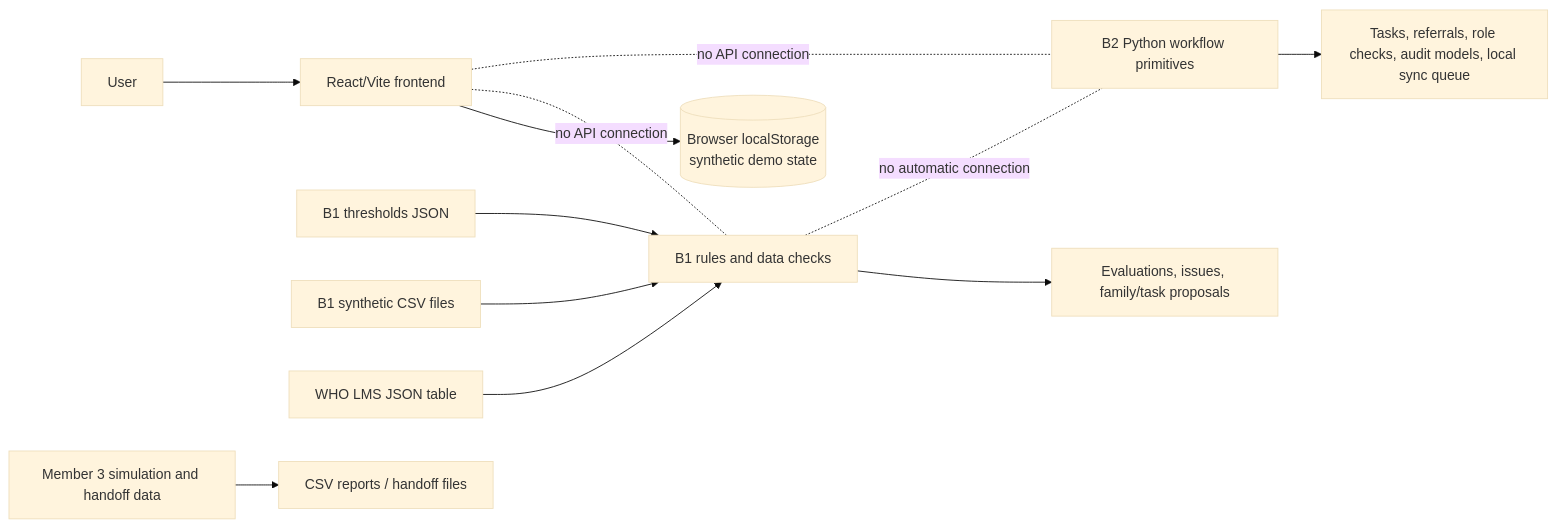
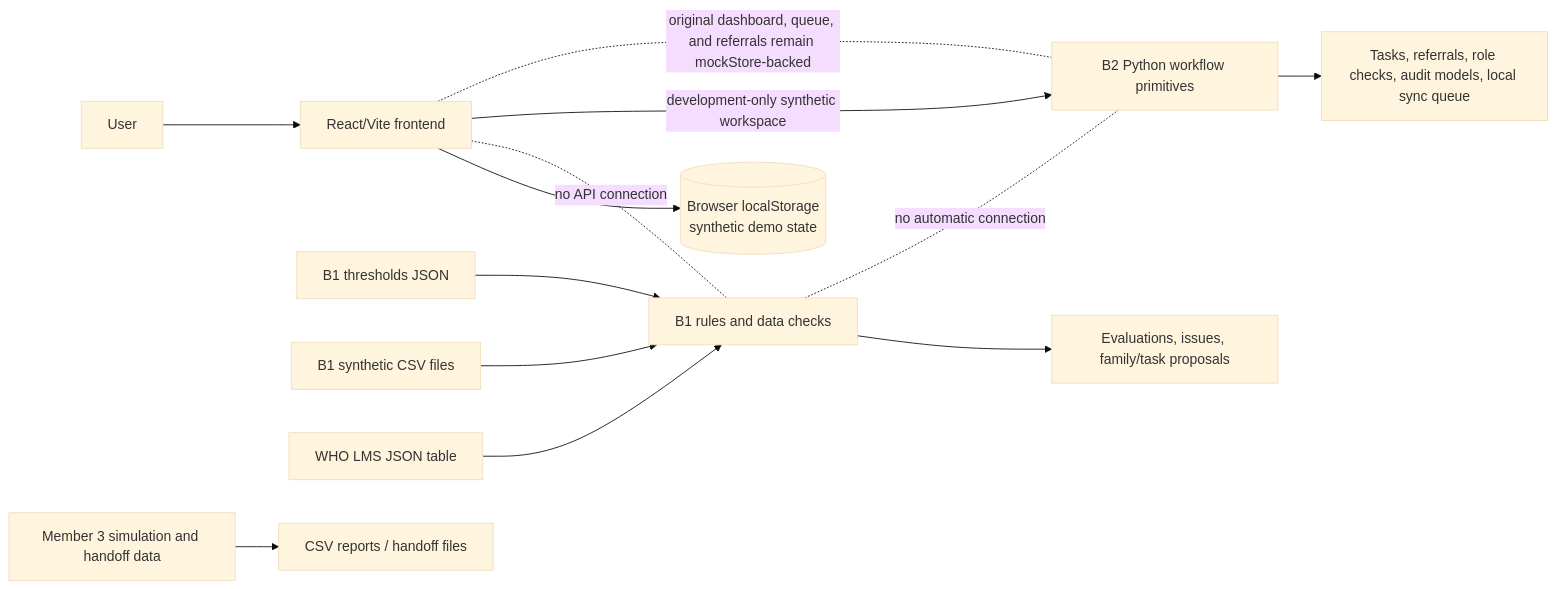
Before and after one commit to Kaur026/IIT_B: the diagram in README.md, drawn with Mermaid (base theme). The commit also changed other lines of this file and 119 other files, not shown here.

````diff
--- a/README.md
+++ b/README.md
@@ -25,14 +25,15 @@
 ```mermaid
 flowchart LR
   U[User] --> FE[React/Vite frontend]
   FE --> LS[(Browser localStorage<br/>synthetic demo state)]
   CFG[ B1 thresholds JSON ] --> B1[B1 rules and data checks]
   CSV[B1 synthetic CSV files] --> B1
   LMS[WHO LMS JSON table] --> B1
   B1 --> E[Evaluations, issues, family/task proposals]
   B2[B2 Python workflow primitives] --> T[Tasks, referrals, role checks, audit models, local sync queue]
   SIM[Member 3 simulation and handoff data] --> OUT[CSV reports / handoff files]
   FE -. no API connection .- B1
-  FE -. no API connection .- B2
+  FE -->|development-only synthetic workspace| B2
+  FE -. original dashboard, queue, and referrals remain mockStore-backed .- B2
   B1 -. no automatic connection .- B2
 ```
````
